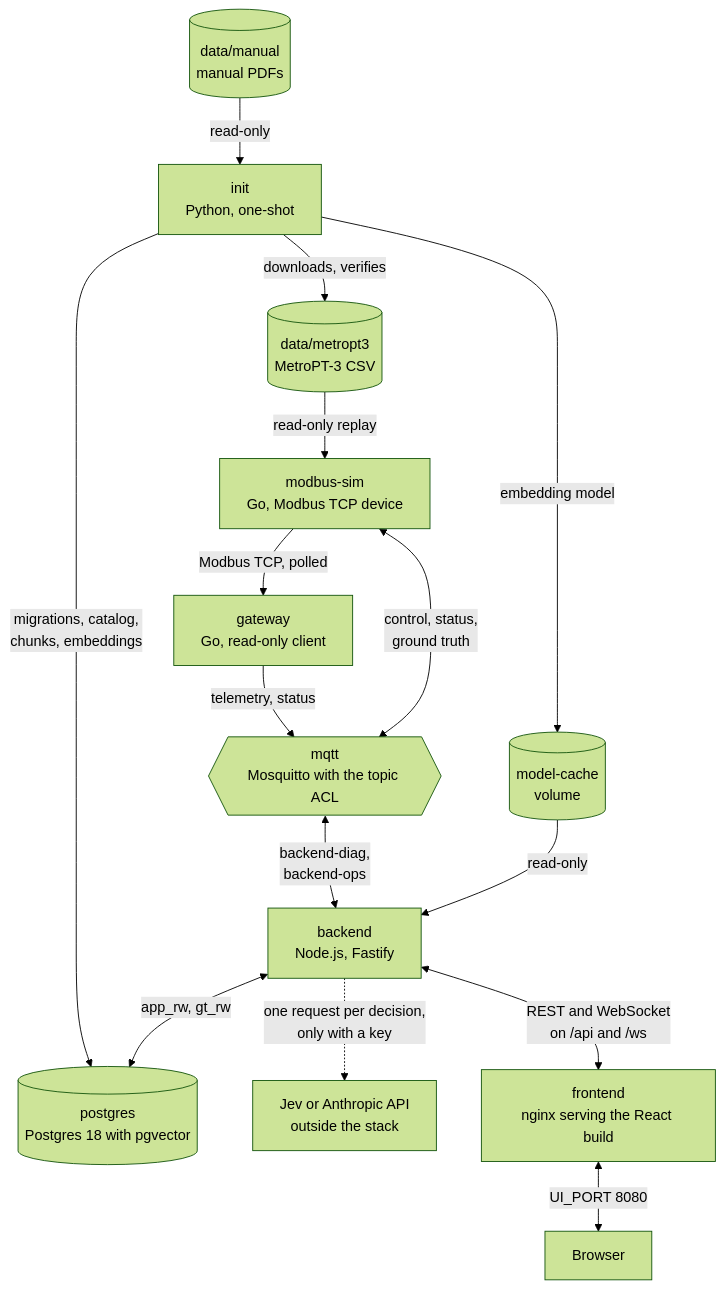
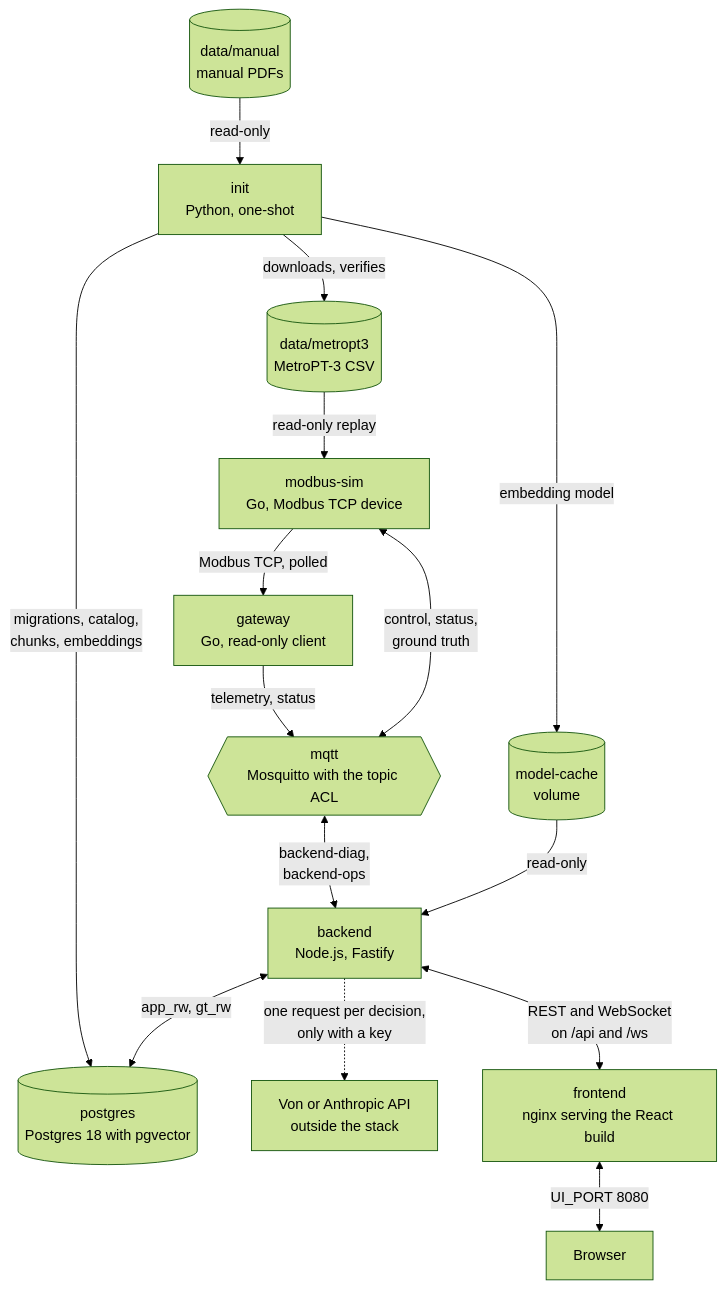
The first of 3 diagrams in docs/architecture.md (arunpune/von-fault-diagnosis-poc), drawn with Mermaid (forest theme) before and after one commit. The commit also changed other lines of this file and 256 other files, not shown here.

Commit message:
Rename JEV to VON and configure backend

````diff
--- a/docs/architecture.md
+++ b/docs/architecture.md
@@ -12,17 +12,17 @@
 ```mermaid
 flowchart TB
     MAN[("data/manual<br/>manual PDFs")] -->|"read-only"| INIT["init<br/>Python, one-shot"]
     INIT -->|"downloads, verifies"| CSV[("data/metropt3<br/>MetroPT-3 CSV")]
     INIT -->|"embedding model"| CACHE[("model-cache<br/>volume")]
     INIT -->|"migrations, catalog,<br/>chunks, embeddings"| PG[("postgres<br/>Postgres 18 with pgvector")]
     CSV -->|"read-only replay"| SIM["modbus-sim<br/>Go, Modbus TCP device"]
     SIM -->|"Modbus TCP, polled"| GW["gateway<br/>Go, read-only client"]
     GW -->|"telemetry, status"| MQ{{"mqtt<br/>Mosquitto with the topic ACL"}}
     SIM <-->|"control, status,<br/>ground truth"| MQ
     MQ <-->|"backend-diag,<br/>backend-ops"| BE["backend<br/>Node.js, Fastify"]
     CACHE -->|"read-only"| BE
     BE <-->|"app_rw, gt_rw"| PG
-    BE -.->|"one request per decision,<br/>only with a key"| EXT["Jev or Anthropic API<br/>outside the stack"]
+    BE -.->|"one request per decision,<br/>only with a key"| EXT["Von or Anthropic API<br/>outside the stack"]
     BE <-->|"REST and WebSocket<br/>on /api and /ws"| FE["frontend<br/>nginx serving the React build"]
     FE <-->|"UI_PORT 8080"| USER["Browser"]
 ```
````
